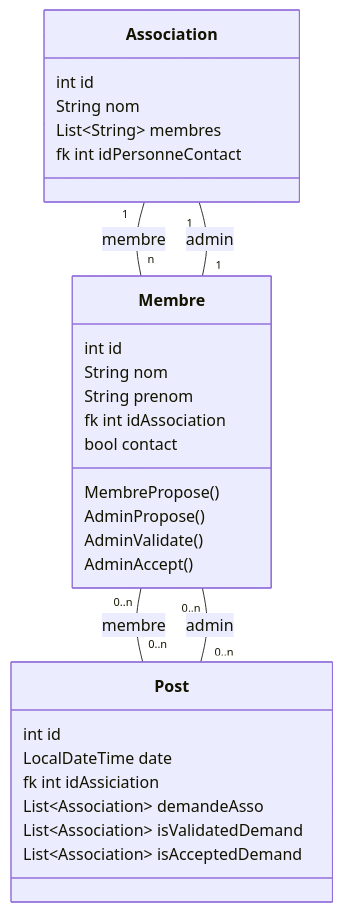
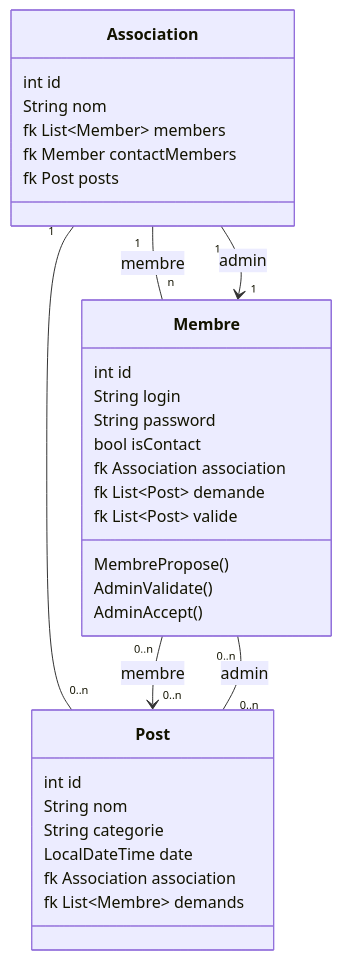
One commit to hsarazin/la-source changed the first of 2 diagrams in README.md. Above: the diagram before and after it, drawn with Mermaid. The commit also changed 4 other files, not shown here.

````diff
--- a/README.md
+++ b/README.md
@@ -4,36 +4,40 @@
 ```mermaid
 classDiagram
     
     Association "1" -- "n" Membre : membre
-    Association "1" -- "1" Membre : admin
-    Membre "0..n"-- "0..n" Post : membre
+    Association "1" --> "1" Membre : admin
+    Association "1" -- "0..n" Post
+    Membre "0..n"--> "0..n" Post : membre
     Membre "0..n" -- "0..n" Post : admin
+    
     
     class Association{
         int id
         String nom
-        List~String~ membres
-        fk int idPersonneContact
+        fk List~Member~ members
+        fk Member contactMembers
+        fk Post posts
     }
     
     class Membre{
         int id
-        String nom
-        String prenom
-        fk int idAssociation
-        bool contact
+        String login
+        String password
+        bool isContact
+        fk Association association
+        fk List~Post~ demande
+        fk List~Post~ valide
         MembrePropose()
-        AdminPropose()
         AdminValidate()
         AdminAccept()
     }
     
     class Post{
         int id
+        String nom
+        String categorie
         LocalDateTime date
-        fk int idAssiciation
-        List~Association~ demandeAsso
-        List~Association~ isValidatedDemand
-        List~Association~ isAcceptedDemand
+        fk Association association
+        fk List~Membre~ demands
     }
 ```
````
